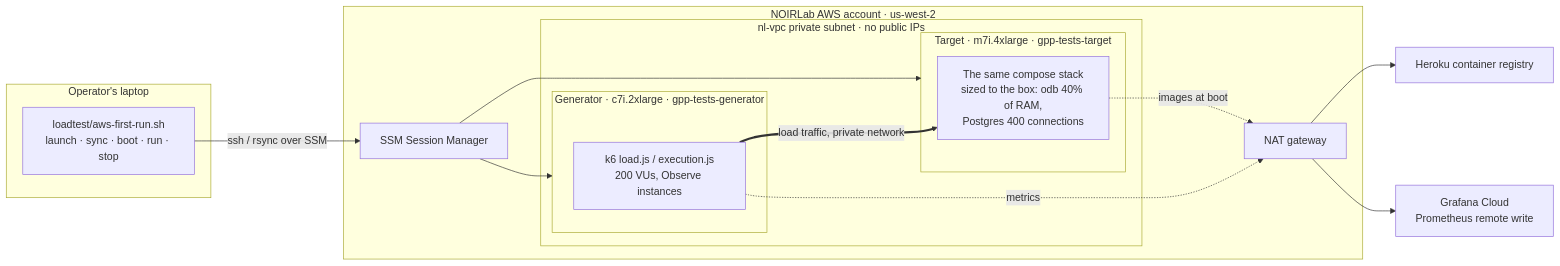
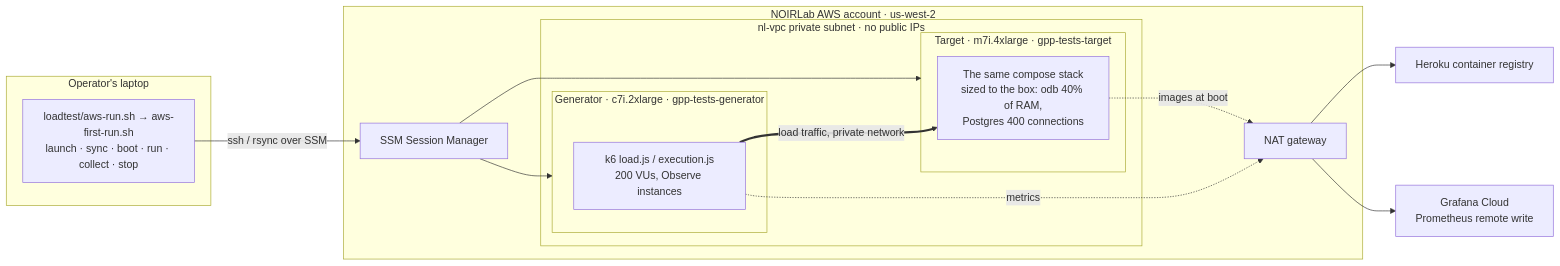
The second of 5 diagrams in ARCHITECTURE.md (cquiroz/gpp-tests), drawn with Mermaid before and after one commit. The commit also changed other lines of this file and 3 other files, not shown here.

First line of the commit message:
Bring the docs up to the unattended AWS run and the websocket work

````diff
--- a/ARCHITECTURE.md
+++ b/ARCHITECTURE.md
@@ -103,29 +107,29 @@
 ```mermaid
 flowchart LR
   subgraph laptop["Operator's laptop"]
-    wizard["loadtest/aws-first-run.sh<br/>launch · sync · boot · run · stop"]
+    wizard["loadtest/aws-run.sh → aws-first-run.sh<br/>launch · sync · boot · run · collect · stop"]
   end
   subgraph aws["NOIRLab AWS account · us-west-2"]
     subgraph vpc["nl-vpc private subnet · no public IPs"]
       subgraph target["Target · m7i.4xlarge · gpp-tests-target"]
         tstack["The same compose stack<br/>sized to the box: odb 40% of RAM,<br/>Postgres 400 connections"]
       end
       subgraph gen["Generator · c7i.2xlarge · gpp-tests-generator"]
         k6l["k6 load.js / execution.js<br/>200 VUs, Observe instances"]
       end
     end
     ssm["SSM Session Manager"]
     nat["NAT gateway"]
   end
   heroku["Heroku container registry"]
   grafana["Grafana Cloud<br/>Prometheus remote write"]
 
   wizard -- "ssh / rsync over SSM" --> ssm
   ssm --> target
   ssm --> gen
   k6l == "load traffic, private network" ==> tstack
   tstack -. "images at boot" .-> nat
   k6l -. "metrics" .-> nat
   nat --> heroku
   nat --> grafana
 ```
````
